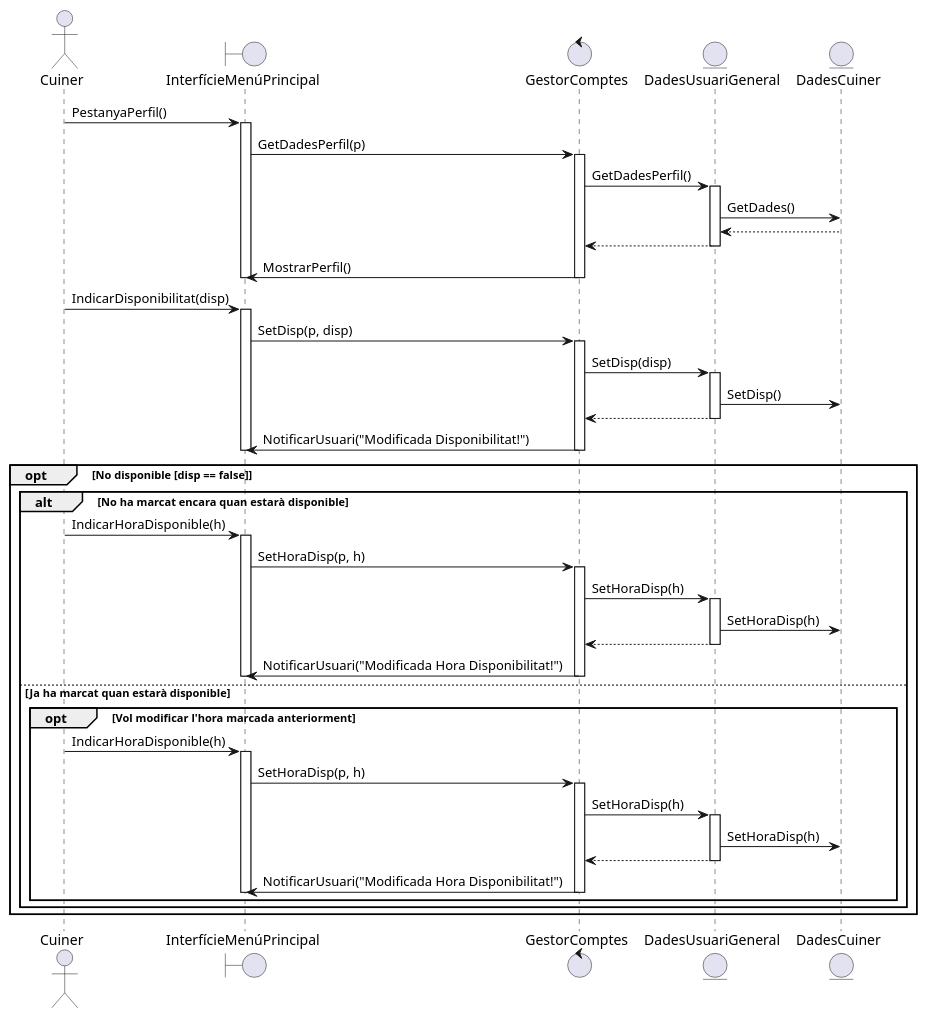
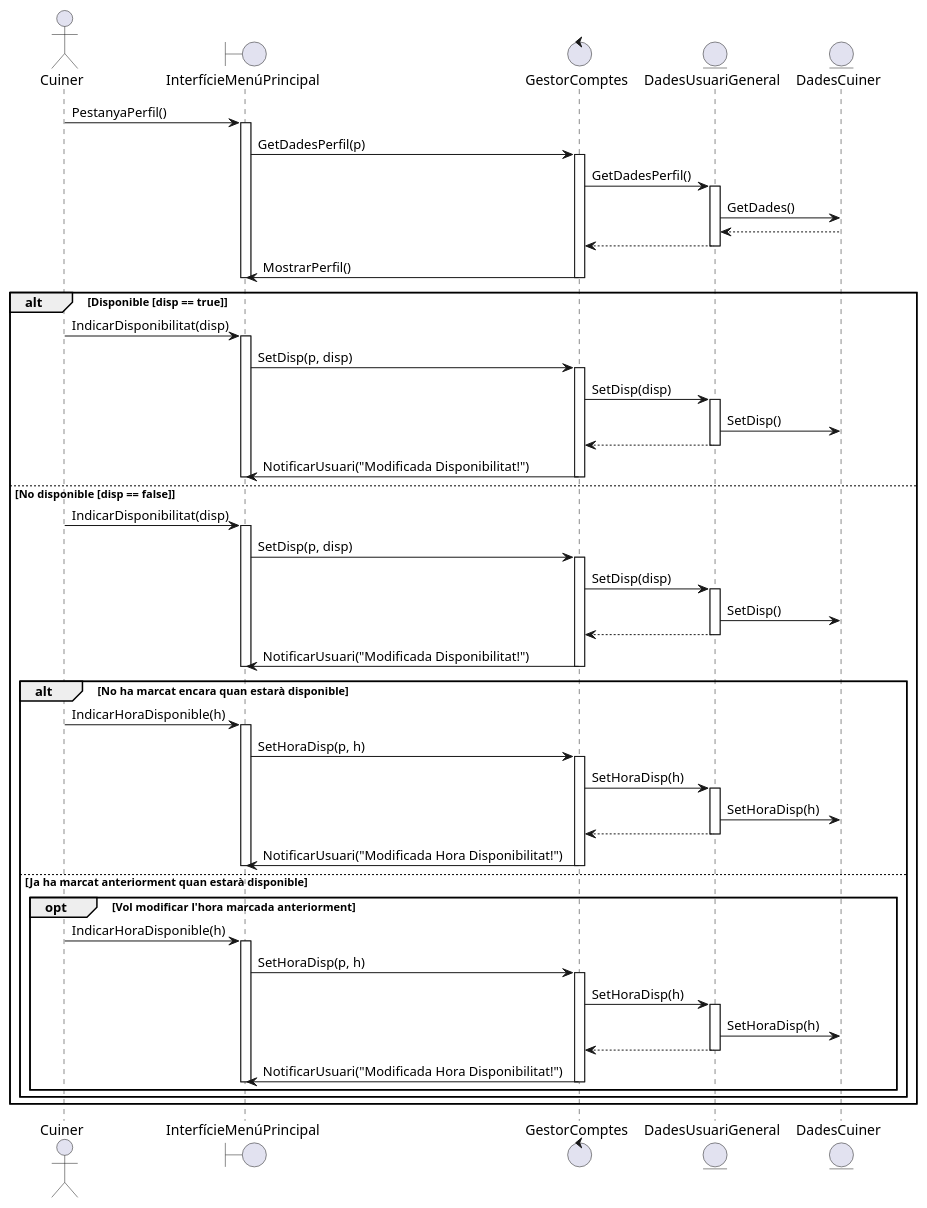
One commit to martipages/ES23UAB431-02 changed the diagram in documents/Diagrames i Especificacions/Seqüencia/Hiro! ^3^/8. Modificar Disponibilitat.puml. Above: the diagram before and after it, drawn with PlantUML. The commit also changed 3 other files, not shown here.

```diff
--- a/documents/Diagrames i Especificacions/Seqüencia/Hiro! ^3^/8. Modificar Disponibilitat.puml
+++ b/documents/Diagrames i Especificacions/Seqüencia/Hiro! ^3^/8. Modificar Disponibilitat.puml
@@ -1,61 +1,73 @@
 @startuml
 
 actor Cuiner
 boundary InterfícieMenúPrincipal
 control GestorComptes
 entity DadesUsuariGeneral
 entity DadesCuiner
 
 Cuiner -> InterfícieMenúPrincipal++: PestanyaPerfil()
 InterfícieMenúPrincipal -> GestorComptes++: GetDadesPerfil(p)
 GestorComptes->DadesUsuariGeneral++: GetDadesPerfil()
 DadesUsuariGeneral->DadesCuiner: GetDades()
 
 DadesCuiner --> DadesUsuariGeneral
 DadesUsuariGeneral --> GestorComptes--
 GestorComptes -> InterfícieMenúPrincipal--: MostrarPerfil()
 InterfícieMenúPrincipal--
 
+
+alt Disponible [disp == true]
+
 Cuiner -> InterfícieMenúPrincipal++: IndicarDisponibilitat(disp)
 InterfícieMenúPrincipal -> GestorComptes++: SetDisp(p, disp)
 GestorComptes->DadesUsuariGeneral++: SetDisp(disp)
 DadesUsuariGeneral->DadesCuiner: SetDisp()
 
 DadesUsuariGeneral --> GestorComptes--
 GestorComptes -> InterfícieMenúPrincipal--: NotificarUsuari("Modificada Disponibilitat!")
 InterfícieMenúPrincipal--
 
-opt No disponible [disp == false]
+else No disponible [disp == false]
+
+Cuiner -> InterfícieMenúPrincipal++: IndicarDisponibilitat(disp)
+InterfícieMenúPrincipal -> GestorComptes++: SetDisp(p, disp)
+GestorComptes->DadesUsuariGeneral++: SetDisp(disp)
+DadesUsuariGeneral->DadesCuiner: SetDisp()
+
+DadesUsuariGeneral --> GestorComptes--
+GestorComptes -> InterfícieMenúPrincipal--: NotificarUsuari("Modificada Disponibilitat!")
+InterfícieMenúPrincipal--
 
 alt No ha marcat encara quan estarà disponible
 
 Cuiner -> InterfícieMenúPrincipal++: IndicarHoraDisponible(h)
 InterfícieMenúPrincipal -> GestorComptes++: SetHoraDisp(p, h)
 GestorComptes->DadesUsuariGeneral++: SetHoraDisp(h)
 DadesUsuariGeneral->DadesCuiner: SetHoraDisp(h)
 
 
 DadesUsuariGeneral --> GestorComptes--
 GestorComptes -> InterfícieMenúPrincipal--: NotificarUsuari("Modificada Hora Disponibilitat!")
 InterfícieMenúPrincipal--
 
-else Ja ha marcat quan estarà disponible
+else Ja ha marcat anteriorment quan estarà disponible
 
 opt Vol modificar l'hora marcada anteriorment
 
 Cuiner -> InterfícieMenúPrincipal++: IndicarHoraDisponible(h)
 InterfícieMenúPrincipal -> GestorComptes++: SetHoraDisp(p, h)
 GestorComptes->DadesUsuariGeneral++: SetHoraDisp(h)
 DadesUsuariGeneral->DadesCuiner: SetHoraDisp(h)
 
 DadesUsuariGeneral --> GestorComptes--
 GestorComptes -> InterfícieMenúPrincipal--: NotificarUsuari("Modificada Hora Disponibilitat!")
 InterfícieMenúPrincipal--
 
 end
 
 end
 
 end
 
 @enduml
```
